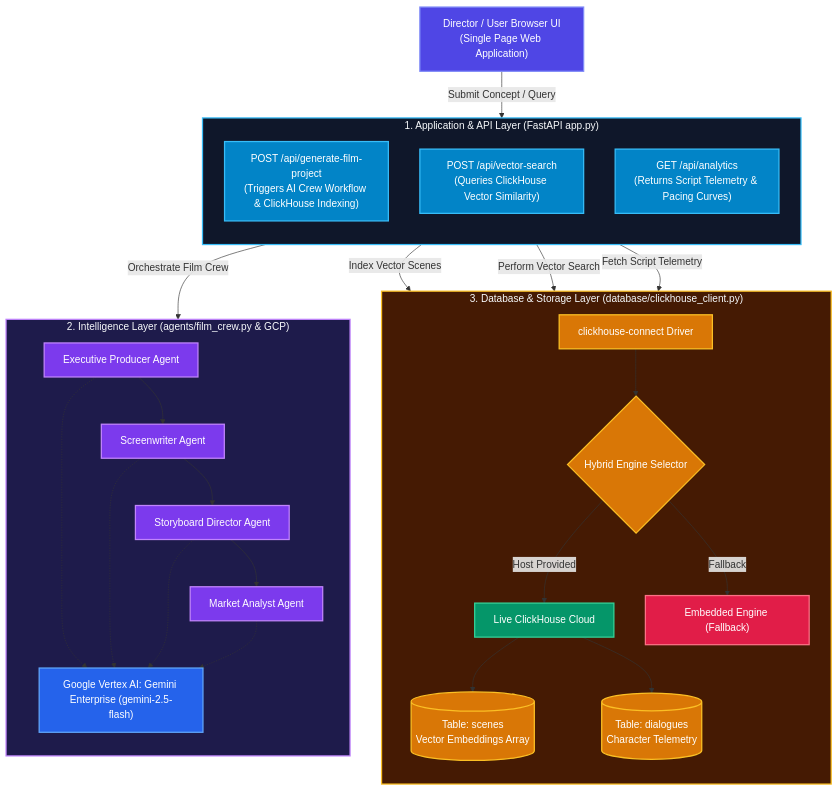
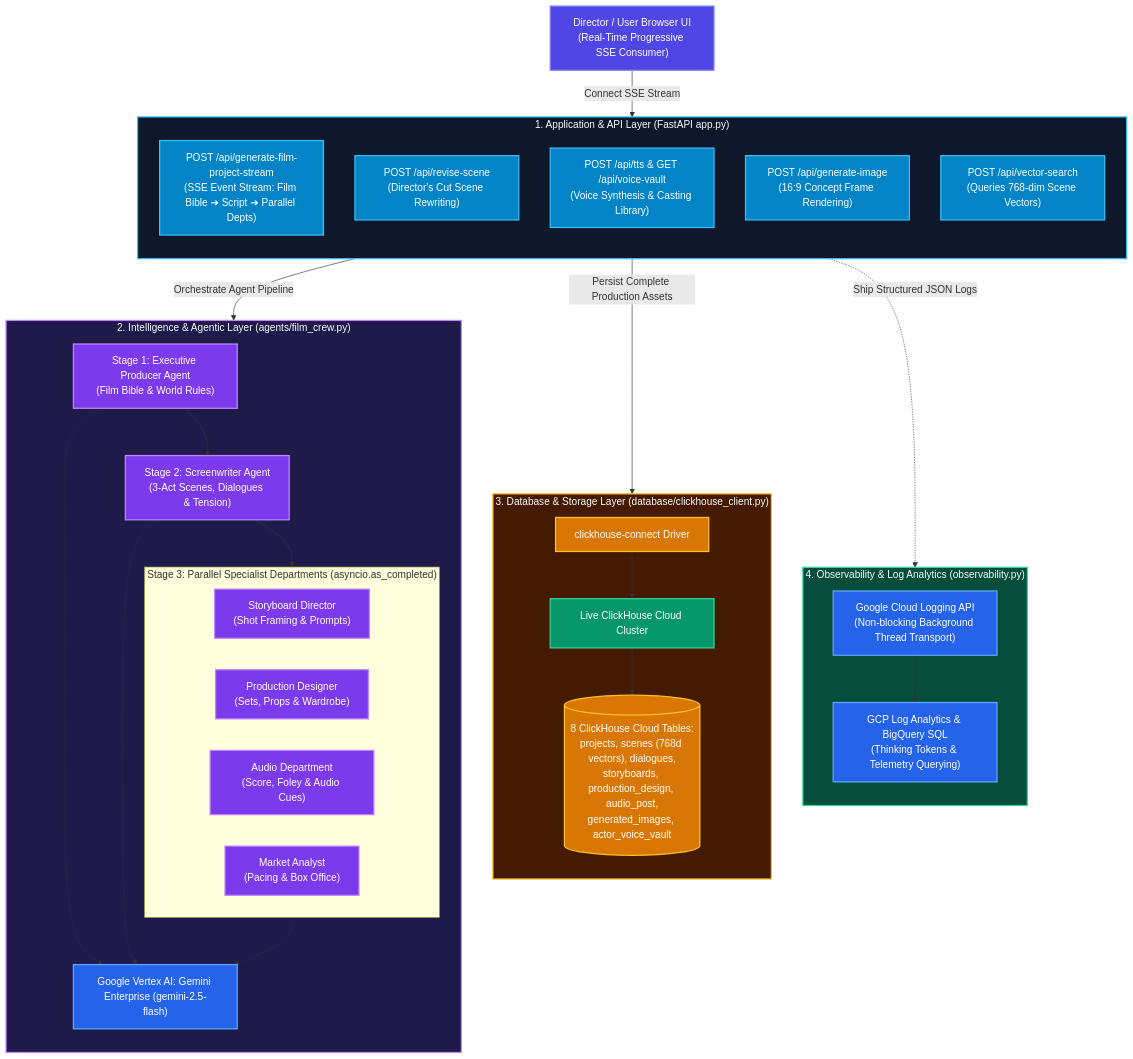
One commit to dwinsi/Agentic-Cinema changed the first of 2 diagrams in Documents/02_SYSTEM_ARCHITECTURE.md. Above: the diagram before and after it, drawn with Mermaid. The commit also changed other lines of this file and 7 other files, not shown here.

Commit message:
refactor: streamline Google Cloud deployment runbook to use source-based builds and simplify logging analytics documentation.

````diff
--- a/Documents/02_SYSTEM_ARCHITECTURE.md
+++ b/Documents/02_SYSTEM_ARCHITECTURE.md
@@ -9,60 +9,66 @@
 ```mermaid
 flowchart TD
     classDef clientStyle fill:#4f46e5,stroke:#818cf8,stroke-width:2px,color:#ffffff;
     classDef apiStyle fill:#0284c7,stroke:#38bdf8,stroke-width:2px,color:#ffffff;
     classDef agentStyle fill:#7c3aed,stroke:#c084fc,stroke-width:2px,color:#ffffff;
     classDef gcpStyle fill:#2563eb,stroke:#60a5fa,stroke-width:2px,color:#ffffff;
     classDef dbStyle fill:#d97706,stroke:#fbbf24,stroke-width:2px,color:#ffffff;
     classDef liveStyle fill:#059669,stroke:#34d399,stroke-width:2px,color:#ffffff;
-    classDef fallbackStyle fill:#e11d48,stroke:#fb7185,stroke-width:2px,color:#ffffff;
 
-    Client["Director / User Browser UI<br/>(Single Page Web Application)"]:::clientStyle
+    Client["Director / User Browser UI<br/>(Real-Time Progressive SSE Consumer)"]:::clientStyle
 
     subgraph Layer1["1. Application & API Layer (FastAPI app.py)"]
         direction TB
-        API1["POST /api/generate-film-project<br/>(Triggers AI Crew Workflow & ClickHouse Indexing)"]:::apiStyle
-        API2["POST /api/vector-search<br/>(Queries ClickHouse Vector Similarity)"]:::apiStyle
-        API3["GET /api/analytics<br/>(Returns Script Telemetry & Pacing Curves)"]:::apiStyle
+        API_STREAM["POST /api/generate-film-project-stream<br/>(SSE Event Stream: Film Bible ➔ Script ➔ Parallel Depts)"]:::apiStyle
+        API_REV["POST /api/revise-scene<br/>(Director's Cut Scene Rewriting)"]:::apiStyle
+        API_VOICE["POST /api/tts & GET /api/voice-vault<br/>(Voice Synthesis & Casting Library)"]:::apiStyle
+        API_IMG["POST /api/generate-image<br/>(16:9 Concept Frame Rendering)"]:::apiStyle
+        API_VEC["POST /api/vector-search<br/>(Queries 768-dim Scene Vectors)"]:::apiStyle
     end
 
-    subgraph Layer2["2. Intelligence Layer (agents/film_crew.py & GCP)"]
+    subgraph Layer2["2. Intelligence & Agentic Layer (agents/film_crew.py)"]
         direction TB
-        EP["Executive Producer Agent"]:::agentStyle
-        SW["Screenwriter Agent"]:::agentStyle
-        SD["Storyboard Director Agent"]:::agentStyle
-        MA["Market Analyst Agent"]:::agentStyle
+        EP["Stage 1: Executive Producer Agent<br/>(Film Bible & World Rules)"]:::agentStyle
+        SW["Stage 2: Screenwriter Agent<br/>(3-Act Scenes, Dialogues & Tension)"]:::agentStyle
+        
+        subgraph Stage3["Stage 3: Parallel Specialist Departments (asyncio.as_completed)"]
+            SD["Storyboard Director<br/>(Shot Framing & Prompts)"]:::agentStyle
+            PD["Production Designer<br/>(Sets, Props & Wardrobe)"]:::agentStyle
+            AU["Audio Department<br/>(Score, Foley & Audio Cues)"]:::agentStyle
+            MA["Market Analyst<br/>(Pacing & Box Office)"]:::agentStyle
+        end
+
         Gemini["Google Vertex AI: Gemini Enterprise (gemini-2.5-flash)"]:::gcpStyle
 
-        EP --> SW --> SD --> MA
+        EP --> SW --> Stage3
         EP -.-> Gemini
         SW -.-> Gemini
-        SD -.-> Gemini
-        MA -.-> Gemini
+        Stage3 -.-> Gemini
     end
 
     subgraph Layer3["3. Database & Storage Layer (database/clickhouse_client.py)"]
         direction TB
         ClientLib["clickhouse-connect Driver"]:::dbStyle
-        HybridMode{"Hybrid Engine Selector"}:::dbStyle
-        LiveCloud["Live ClickHouse Cloud"]:::liveStyle
-        Embedded["Embedded Engine (Fallback)"]:::fallbackStyle
-        ScenesTable[("Table: scenes<br/>Vector Embeddings Array")]:::dbStyle
-        DialoguesTable[("Table: dialogues<br/>Character Telemetry")]:::dbStyle
+        LiveCloud["Live ClickHouse Cloud Cluster"]:::liveStyle
+        Tables[("8 ClickHouse Cloud Tables:<br/>projects, scenes (768d vectors), dialogues,<br/>storyboards, production_design, audio_post,<br/>generated_images, actor_voice_vault")]:::dbStyle
 
-        ClientLib --> HybridMode
-        HybridMode -->|Host Provided| LiveCloud
-        HybridMode -->|Fallback| Embedded
-        LiveCloud --> ScenesTable
-        LiveCloud --> DialoguesTable
+        ClientLib --> LiveCloud --> Tables
     end
 
-    Client -->|Submit Concept / Query| Layer1
-    API1 -->|Orchestrate Film Crew| Layer2
-    API1 -->|Index Vector Scenes| Layer3
-    API2 -->|Perform Vector Search| Layer3
-    API3 -->|Fetch Script Telemetry| Layer3
+    subgraph Layer4["4. Observability & Log Analytics (observability.py)"]
+        direction TB
+        CloudLog["Google Cloud Logging API<br/>(Non-blocking Background Thread Transport)"]:::gcpStyle
+        LogAnalytics["GCP Log Analytics & BigQuery SQL<br/>(Thinking Tokens & Telemetry Querying)"]:::gcpStyle
+        CloudLog --> LogAnalytics
+    end
+
+    Client -->|Connect SSE Stream| Layer1
+    Layer1 -->|Orchestrate Agent Pipeline| Layer2
+    Layer1 -->|Persist Complete Production Assets| Layer3
+    Layer1 -.->|Ship Structured JSON Logs| Layer4
 
     style Layer1 fill:#0f172a,stroke:#38bdf8,stroke-width:2px,color:#f8fafc;
     style Layer2 fill:#1e1b4b,stroke:#c084fc,stroke-width:2px,color:#f8fafc;
     style Layer3 fill:#451a03,stroke:#fbbf24,stroke-width:2px,color:#f8fafc;
+    style Layer4 fill:#064e3b,stroke:#34d399,stroke-width:2px,color:#f8fafc;
 ```
````
